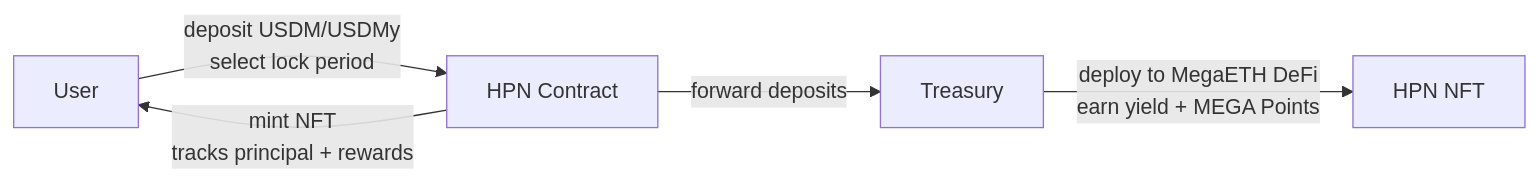
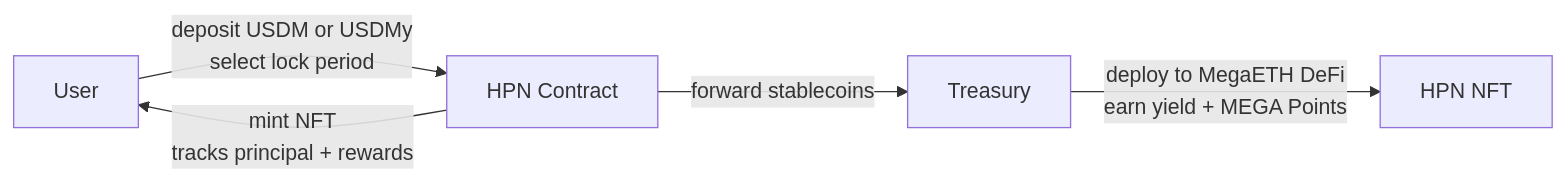
Before and after one commit to 0xJaehaerys/ohmega: the second of 7 diagrams in blackhaven-architecture-diagrams.md, drawn with Mermaid.

Commit message:
Fix HPN deposit: USDM or USDMy (not LP tokens)

````diff
--- a/blackhaven-architecture-diagrams.md
+++ b/blackhaven-architecture-diagrams.md
@@ -87,12 +87,12 @@
 ```mermaid
 graph LR
     USER[User]
     HPN[HPN Contract]
     NFT[HPN NFT]
     TREASURY[Treasury]
     
-    USER -->|deposit USDM/USDMy<br/>select lock period| HPN
+    USER -->|deposit USDM or USDMy<br/>select lock period| HPN
     HPN -->|mint NFT<br/>tracks principal + rewards| USER
-    HPN -->|forward deposits| TREASURY
+    HPN -->|forward stablecoins| TREASURY
     TREASURY -->|deploy to MegaETH DeFi<br/>earn yield + MEGA Points| NFT
 ```
````
